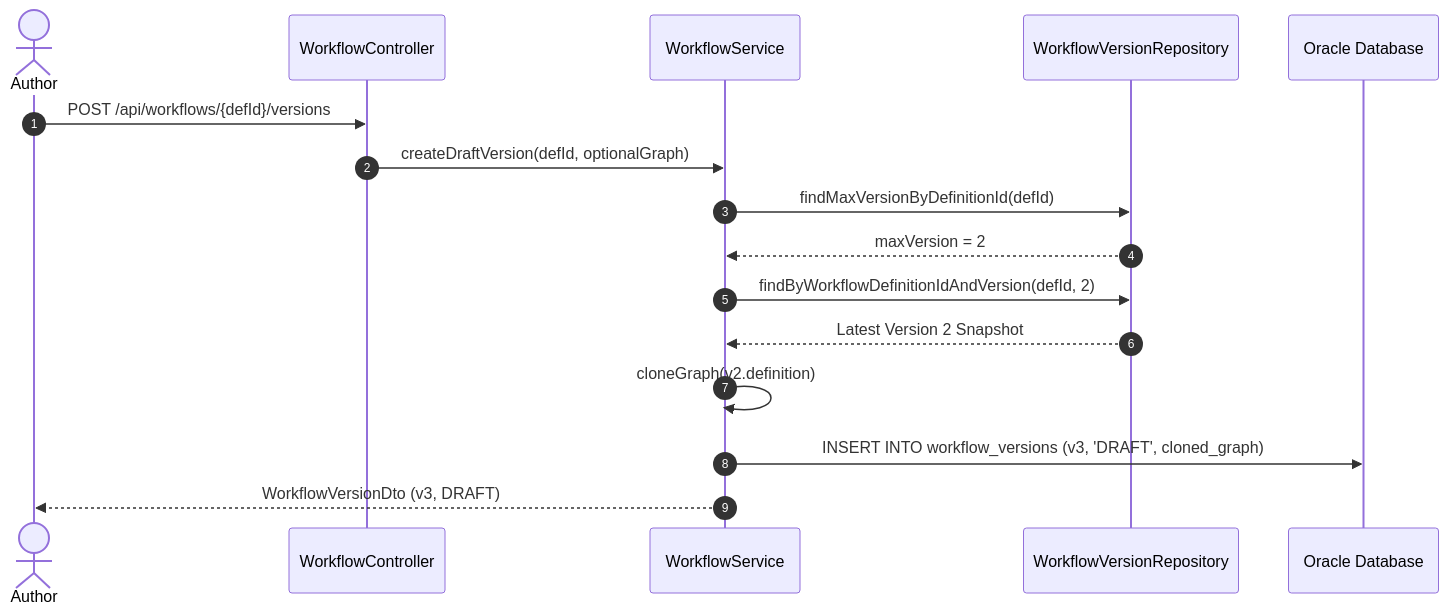
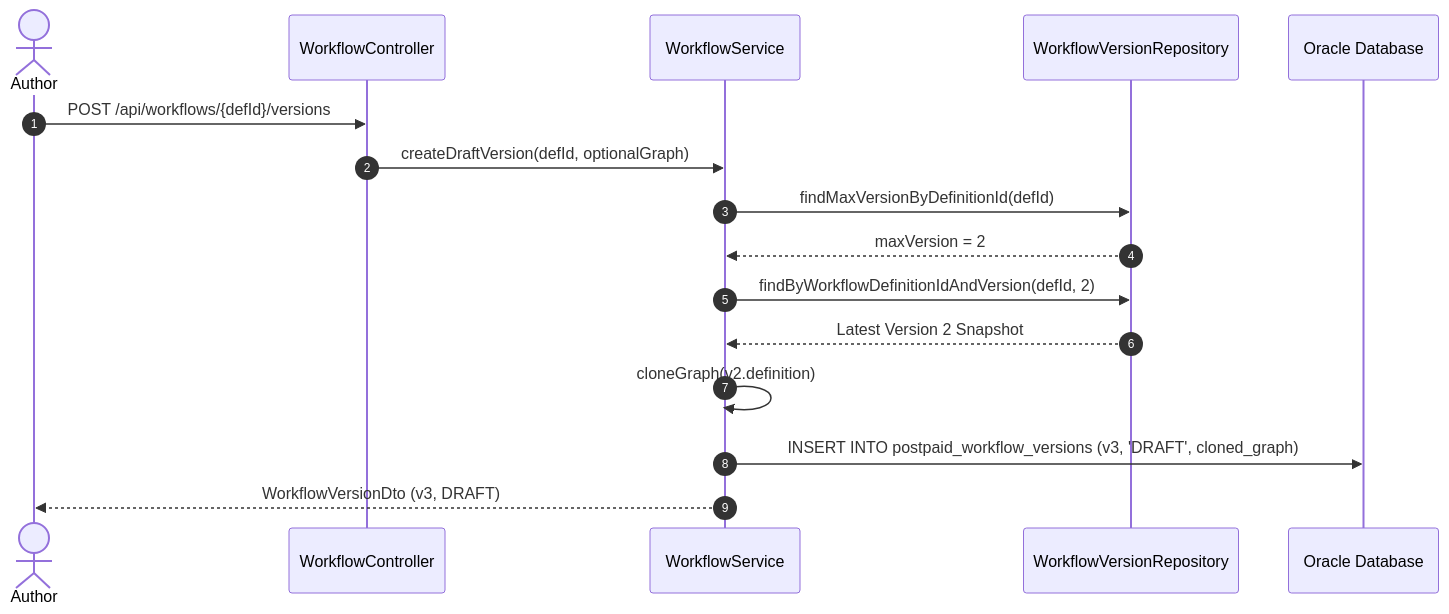
The third of 5 diagrams in workflow-version-management-guide.md (Alcatrez97/atlast_code), drawn with Mermaid before and after one commit. The commit also changed other lines of this file and 21 other files, not shown here.

Commit message:
feat(db): rename workflow tables to postpaid_workflow_ prefix, update DDL and verification scripts

````diff
--- a/workflow-version-management-guide.md
+++ b/workflow-version-management-guide.md
@@ -120,19 +120,19 @@
 ```mermaid
 sequenceDiagram
     autonumber
     actor Author
     participant Controller as WorkflowController
     participant Service as WorkflowService
     participant Repo as WorkflowVersionRepository
     participant DB as Oracle Database
 
     Author->>Controller: POST /api/workflows/{defId}/versions
     Controller->>Service: createDraftVersion(defId, optionalGraph)
     Service->>Repo: findMaxVersionByDefinitionId(defId)
     Repo-->>Service: maxVersion = 2
     Service->>Repo: findByWorkflowDefinitionIdAndVersion(defId, 2)
     Repo-->>Service: Latest Version 2 Snapshot
     Service->>Service: cloneGraph(v2.definition)
-    Service->>DB: INSERT INTO workflow_versions (v3, 'DRAFT', cloned_graph)
+    Service->>DB: INSERT INTO postpaid_workflow_versions (v3, 'DRAFT', cloned_graph)
     Service-->>Author: WorkflowVersionDto (v3, DRAFT)
 ```
````
